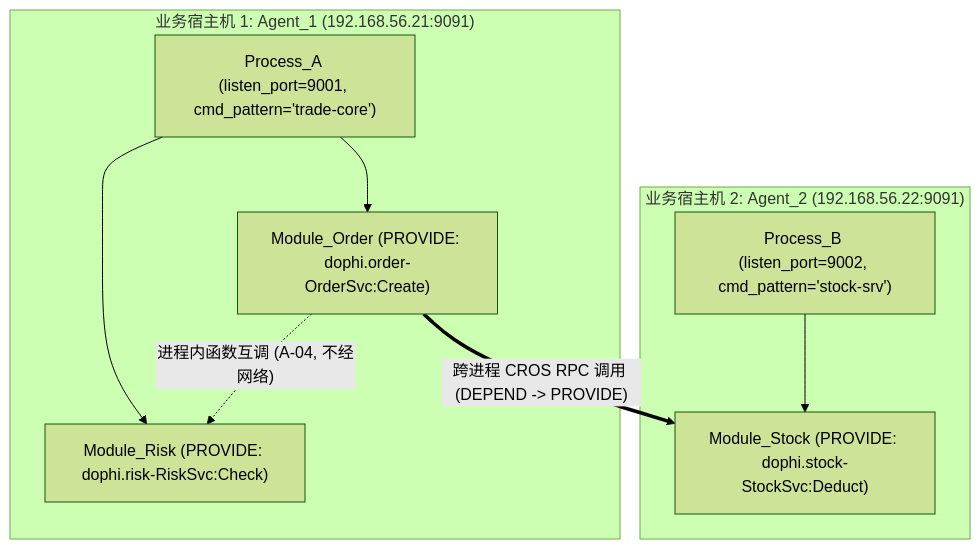
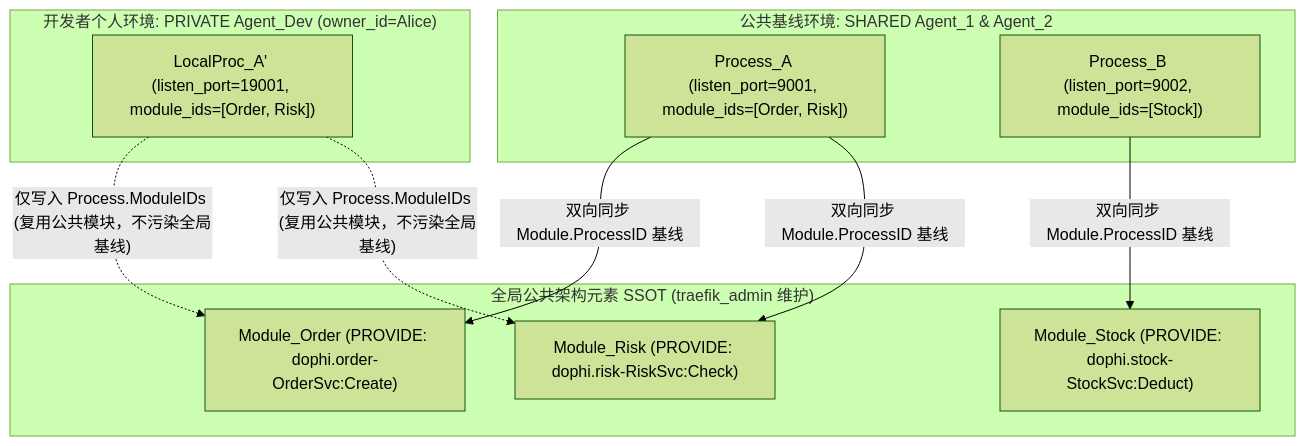
Before and after one commit to fugui/code-traefik: the first of 2 diagrams in docs/02-design/03-architecture-elements-and-topology.md, drawn with Mermaid (forest theme). The commit also changed other lines of this file and 8 other files, not shown here.

````diff
--- a/docs/02-design/03-architecture-elements-and-topology.md
+++ b/docs/02-design/03-architecture-elements-and-topology.md
@@ -149,19 +151,23 @@
 ```mermaid
 flowchart TB
-    subgraph Host1["业务宿主机 1: Agent_1 (192.168.56.21:9091)"]
-        Proc1["Process_A (listen_port=9001, cmd_pattern='trade-core')"]
+    subgraph PublicSSOT["全局公共架构元素 SSOT (traefik_admin 维护)"]
         Mod1["Module_Order (PROVIDE: dophi.order-OrderSvc:Create)"]
         Mod2["Module_Risk (PROVIDE: dophi.risk-RiskSvc:Check)"]
-        Proc1 --> Mod1
-        Proc1 --> Mod2
+        Mod3["Module_Stock (PROVIDE: dophi.stock-StockSvc:Deduct)"]
     end
 
-    subgraph Host2["业务宿主机 2: Agent_2 (192.168.56.22:9091)"]
-        Proc2["Process_B (listen_port=9002, cmd_pattern='stock-srv')"]
-        Mod3["Module_Stock (PROVIDE: dophi.stock-StockSvc:Deduct)"]
-        Proc2 --> Mod3
+    subgraph SharedEnv["公共基线环境: SHARED Agent_1 & Agent_2"]
+        Proc1["Process_A (listen_port=9001, module_ids=[Order, Risk])"]
+        Proc2["Process_B (listen_port=9002, module_ids=[Stock])"]
     end
 
-    Mod1 -. "进程内函数互调 (A-04, 不经网络)" .-> Mod2
-    Mod1 == "跨进程 CROS RPC 调用 (DEPEND -> PROVIDE)" ==> Mod3
+    subgraph PrivateEnv["开发者个人环境: PRIVATE Agent_Dev (owner_id=Alice)"]
+        PrivProc["LocalProc_A' (listen_port=19001, module_ids=[Order, Risk])"]
+    end
+
+    Proc1 -- "双向同步 Module.ProcessID 基线" --> Mod1
+    Proc1 -- "双向同步 Module.ProcessID 基线" --> Mod2
+    Proc2 -- "双向同步 Module.ProcessID 基线" --> Mod3
+    PrivProc -. "仅写入 Process.ModuleIDs (复用公共模块，不污染全局基线)" .-> Mod1
+    PrivProc -. "仅写入 Process.ModuleIDs (复用公共模块，不污染全局基线)" .-> Mod2
 ```
````
